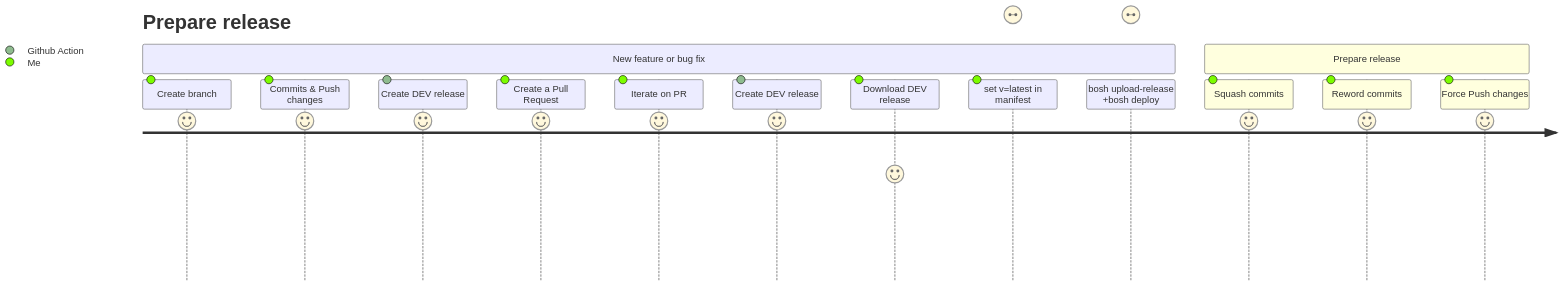
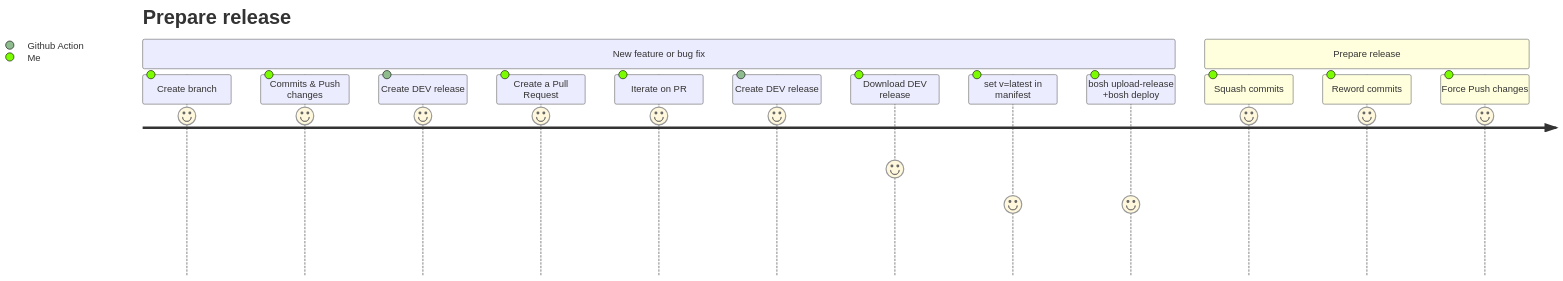
One commit to orange-cloudfoundry/k3s-wrapper-boshrelease changed the first of 3 diagrams in CONTRIBUTING.md. Above: the diagram before and after it, drawn with Mermaid. The commit also changed 1 other file, not shown here.

Commit message:
doc: polish contribution guide and readme

````diff
--- a/CONTRIBUTING.md
+++ b/CONTRIBUTING.md
@@ -9,20 +9,20 @@
 ```mermaid
 journey
     title Contributing for a new release 
     section New feature or bug fix
         Create branch: 9: Me
         Commits & Push changes: 9: Me
         Create DEV release: 9: Github Action
         Create a Pull Request: 9: Me
         Iterate on PR: 9: Me
         Create DEV release: 9: Github Action
         Download DEV release: 6: Me
-        set v=latest in manifest: 6a: Me
-        bosh upload-release +bosh deploy: 6b Me
+        set v=latest in manifest: 4: Me
+        bosh upload-release +bosh deploy: 4: Me
 
     title Prepare release
     section Prepare release
         Squash commits: 9: Me
         Reword commits: 9: Me
         Force Push changes: 9: Me
 ```
````
